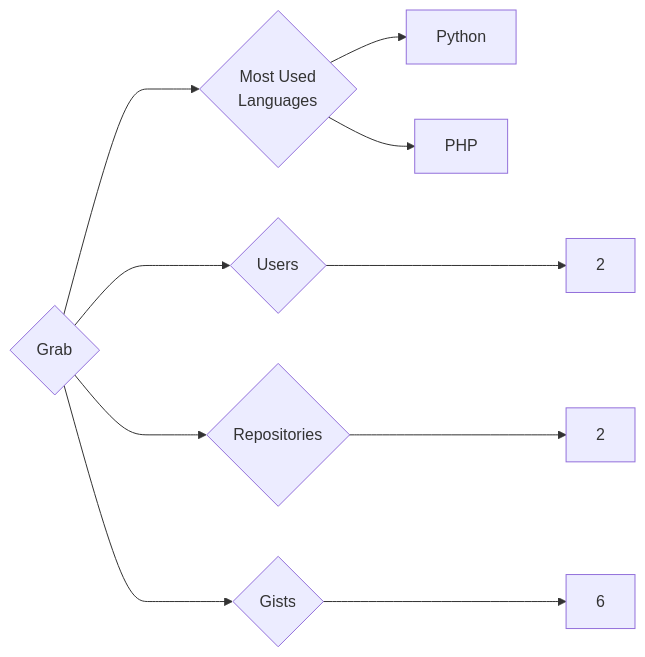
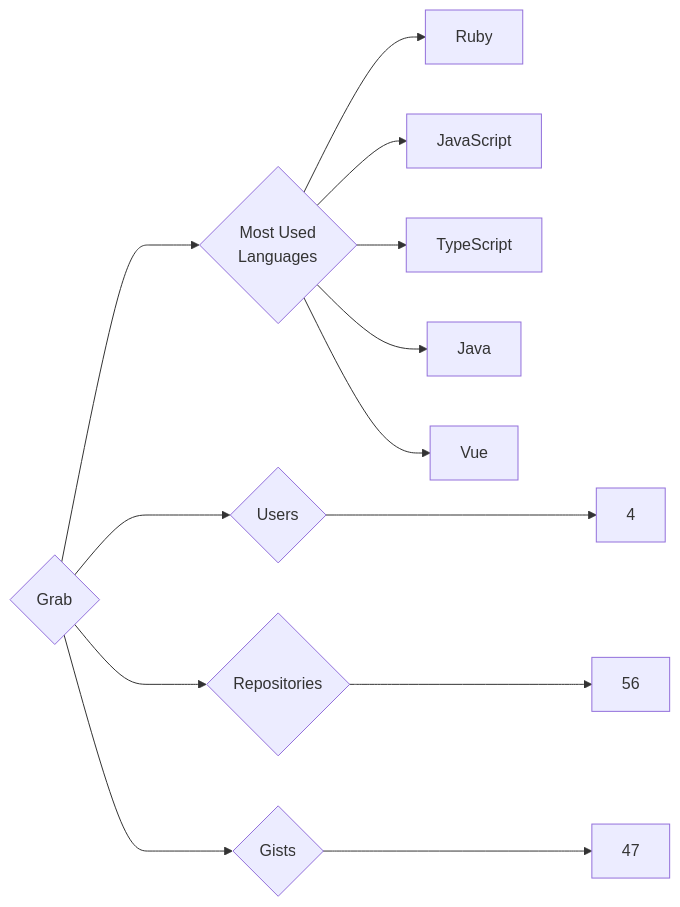
The diagram in targets/Grab/README.md (trickest/insiders), drawn with Mermaid before and after one commit. The commit also changed 942 other files, not shown here.

````diff
--- a/targets/Grab/README.md
+++ b/targets/Grab/README.md
@@ -3,10 +3,13 @@
 ```mermaid
 graph LR
 COMPANY_NAME{Grab}
-COMPANY_NAME ---> U{Users} ---> UN[2]
-COMPANY_NAME ---> R{Repositories} ---> RN[2]
-COMPANY_NAME ---> G{Gists} ---> GN[6]
+COMPANY_NAME ---> U{Users} ---> UN[4]
+COMPANY_NAME ---> R{Repositories} ---> RN[56]
+COMPANY_NAME ---> G{Gists} ---> GN[47]
 COMPANY_NAME ---> ML{Most Used<br>Languages}
-ML --> Python[Python]
-ML --> PHP[PHP]
+ML --> Ruby[Ruby]
+ML --> JavaScript[JavaScript]
+ML --> TypeScript[TypeScript]
+ML --> Java[Java]
+ML --> Vue[Vue]
 ```
````
